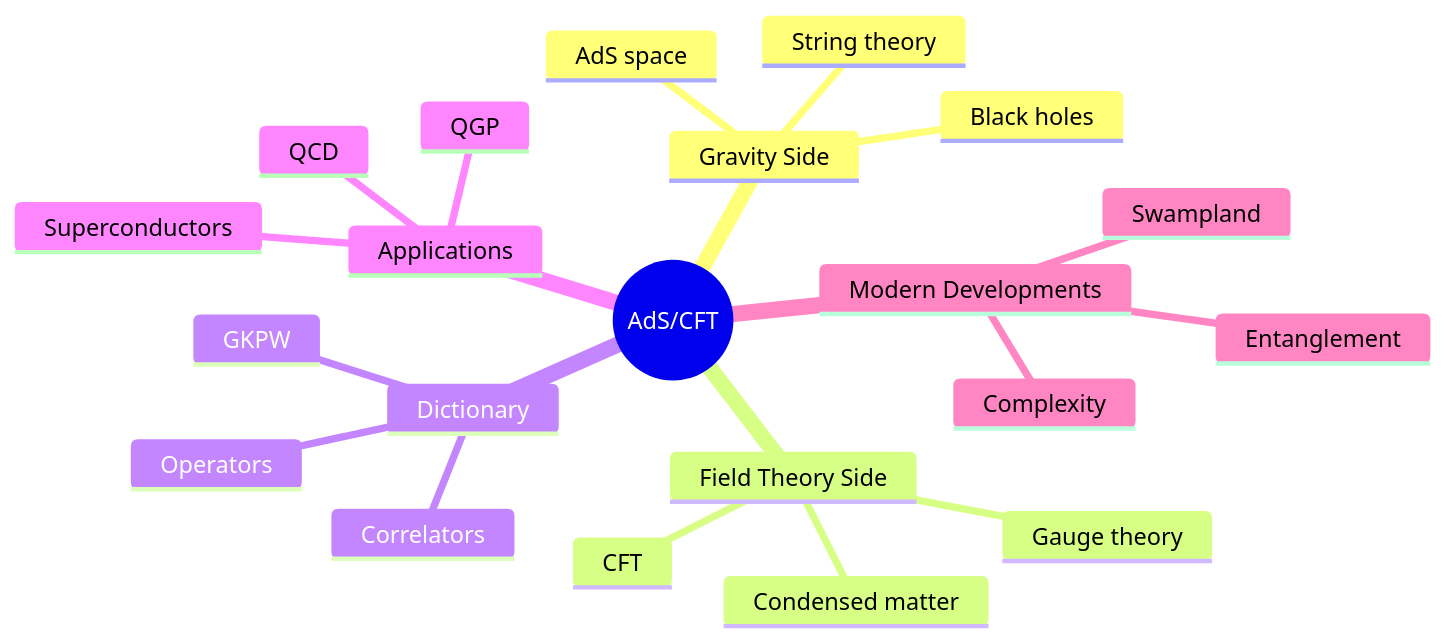
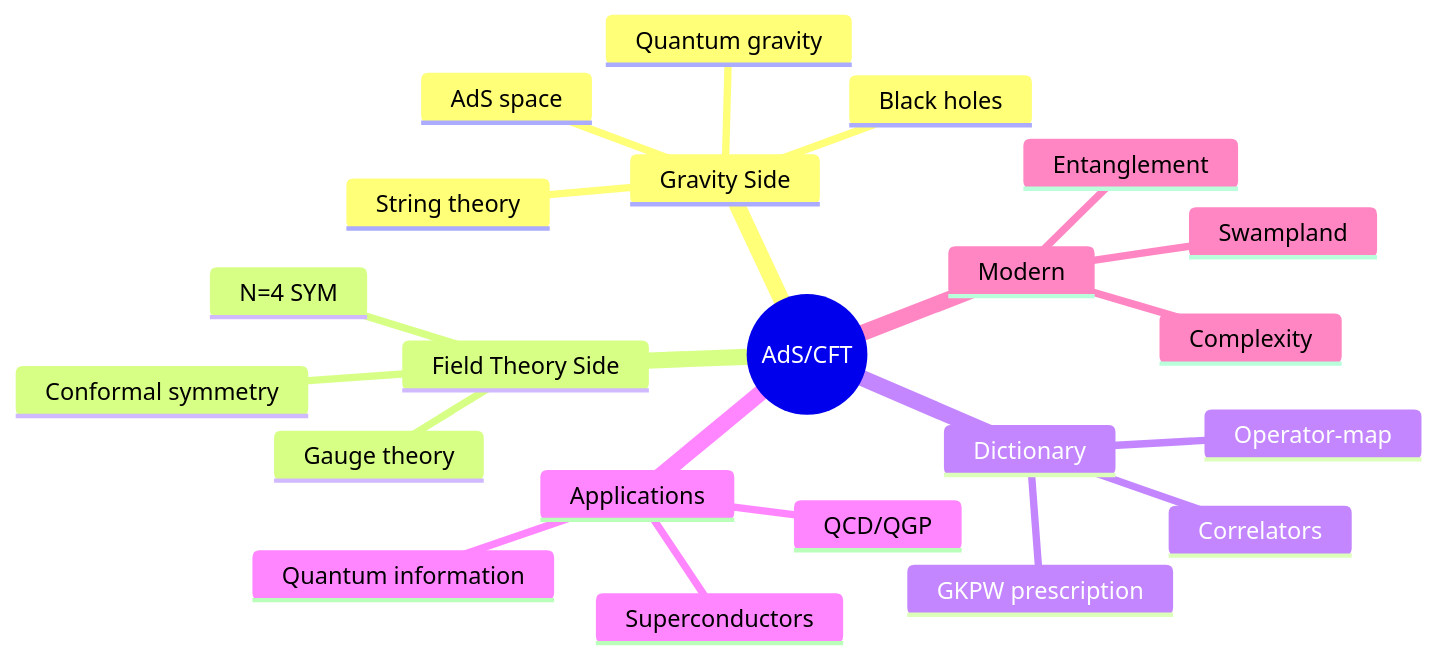
Before and after one commit to yip-lgtm/PhysicsSelfStudy: the first of 5 diagrams in 03_MSc_Physics/electives/MSPY_6410_AdS_CFT_Correspondence/README.md, drawn with Mermaid. The commit also changed other lines of this file and 17 other files, not shown here.

````diff
--- a/03_MSc_Physics/electives/MSPY_6410_AdS_CFT_Correspondence/README.md
+++ b/03_MSc_Physics/electives/MSPY_6410_AdS_CFT_Correspondence/README.md
@@ -223,24 +393,25 @@
 ```mermaid
 mindmap
   root((AdS/CFT))
     Gravity Side
       AdS space
       Black holes
       String theory
+      Quantum gravity
     Field Theory Side
-      CFT
+      N=4 SYM
       Gauge theory
-      Condensed matter
+      Conformal symmetry
     Dictionary
-      GKPW
-      Operators
+      GKPW prescription
+      Operator-map
       Correlators
     Applications
-      QCD
-      QGP
+      QCD/QGP
       Superconductors
-    Modern Developments
+      Quantum information
+    Modern
       Entanglement
       Complexity
       Swampland
 ```
````
